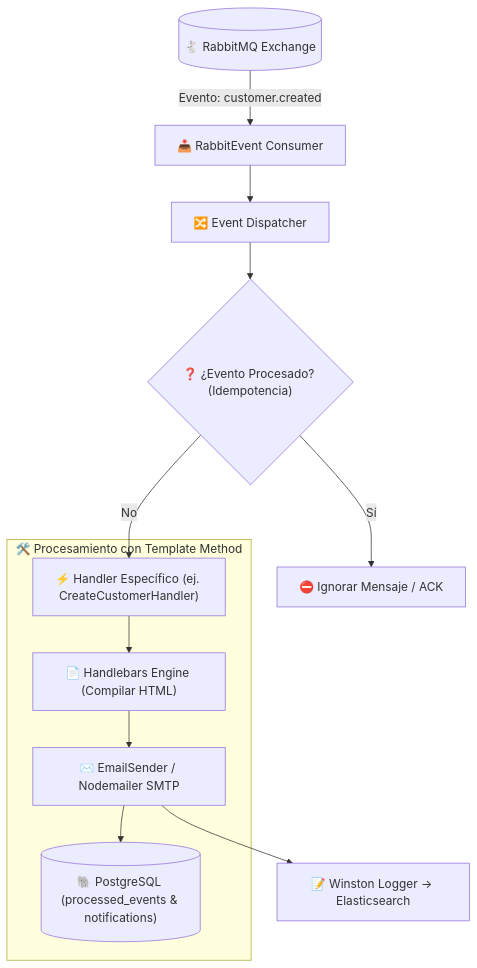
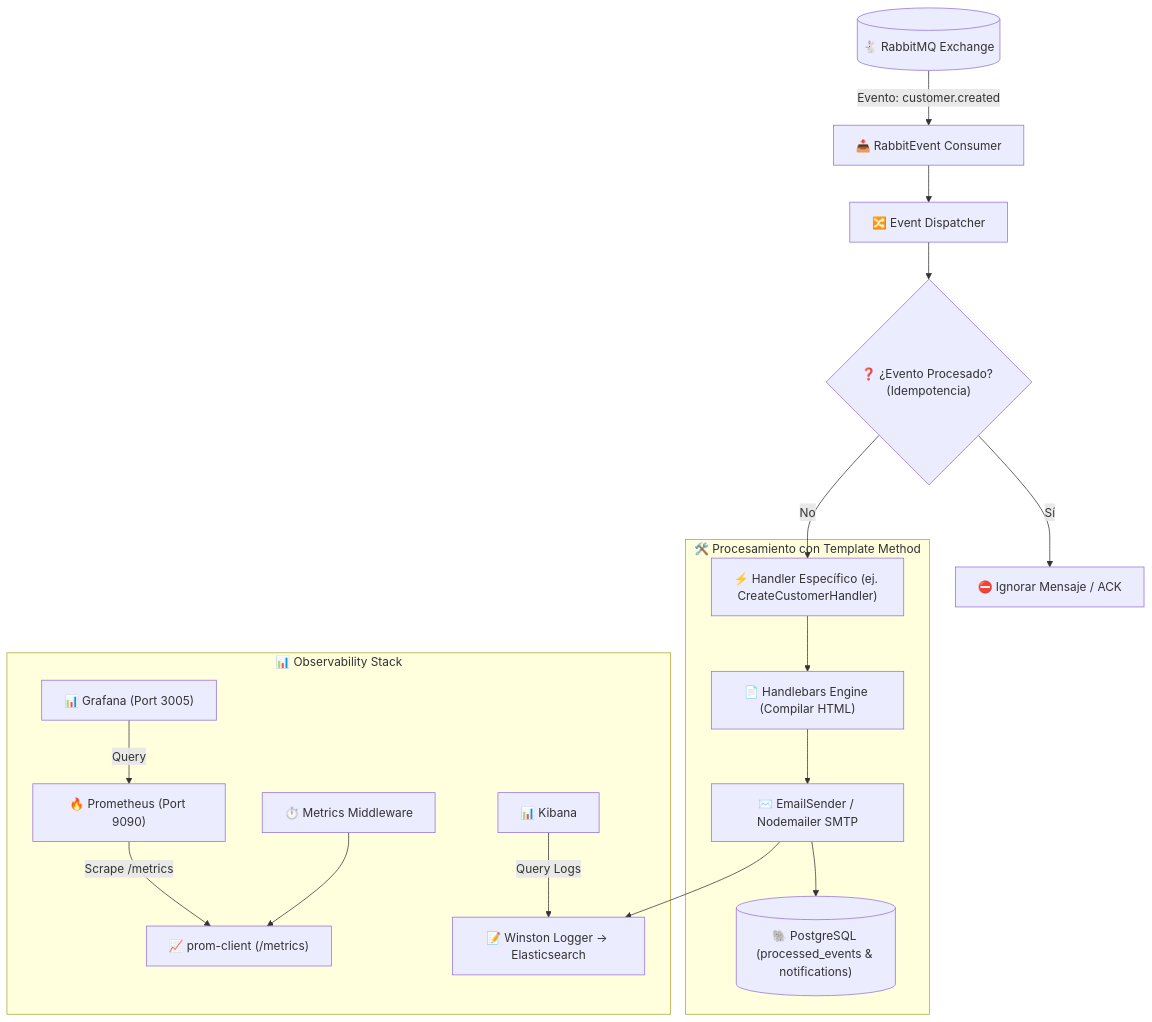
One commit to nrv23/StreamCRM-App changed the first of 2 diagrams in apps/notification-service/README.md. Above: the diagram before and after it, drawn with Mermaid. The commit also changed other lines of this file and 1 other file, not shown here.

````diff
--- a/apps/notification-service/README.md
+++ b/apps/notification-service/README.md
@@ -66,17 +69,23 @@
 ```mermaid
 graph TD
     Rabbit[("🐇 RabbitMQ Exchange")] -->|Evento: customer.created| Consumer["📥 RabbitEvent Consumer"]
     Consumer --> Dispatcher["🔀 Event Dispatcher"]
     
     Dispatcher --> Check{"❓ ¿Evento Procesado? (Idempotencia)"}
     Check -- Sí --> Ignore["⛔ Ignorar Mensaje / ACK"]
     Check -- No --> Handler["⚡ Handler Específico (ej. CreateCustomerHandler)"]
 
     subgraph Processing ["🛠️ Procesamiento con Template Method"]
         Handler --> Template["📄 Handlebars Engine (Compilar HTML)"]
         Template --> Sender["✉️ EmailSender / Nodemailer SMTP"]
         Sender --> DB[("🐘 PostgreSQL (processed_events & notifications)")]
     end
 
-    Sender --> Log["📝 Winston Logger -> Elasticsearch"]
+    subgraph Observability ["📊 Observability Stack"]
+        MetricsMiddleware["⏱️ Metrics Middleware"] --> PromClient["📈 prom-client (/metrics)"]
+        Prometheus["🔥 Prometheus (Port 9090)"] -->|Scrape /metrics| PromClient
+        Grafana["📊 Grafana (Port 3005)"] -->|Query| Prometheus
+        Sender --> Log["📝 Winston Logger -> Elasticsearch"]
+        Kibana["📊 Kibana"] -->|Query Logs| Log
+    end
 ```
````
